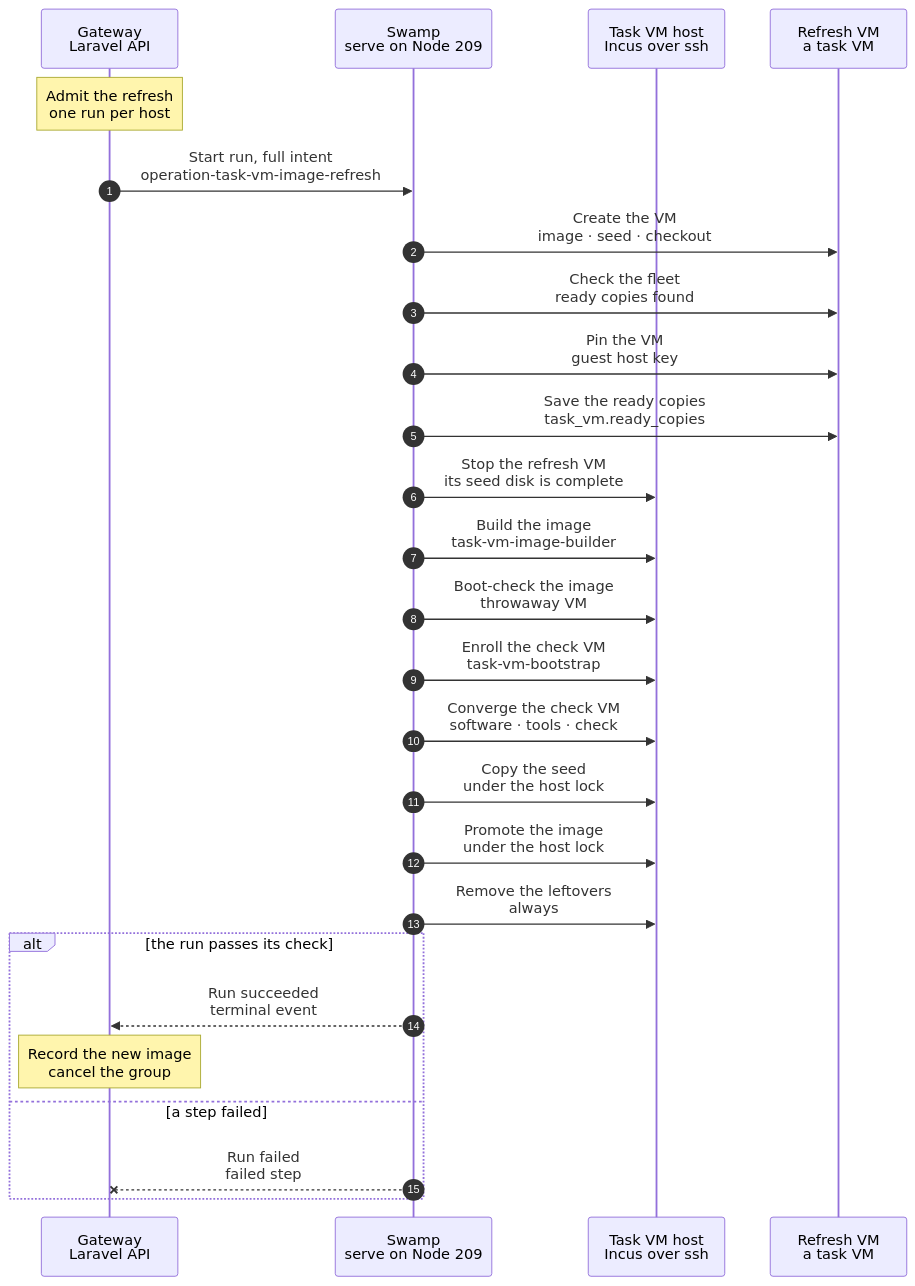
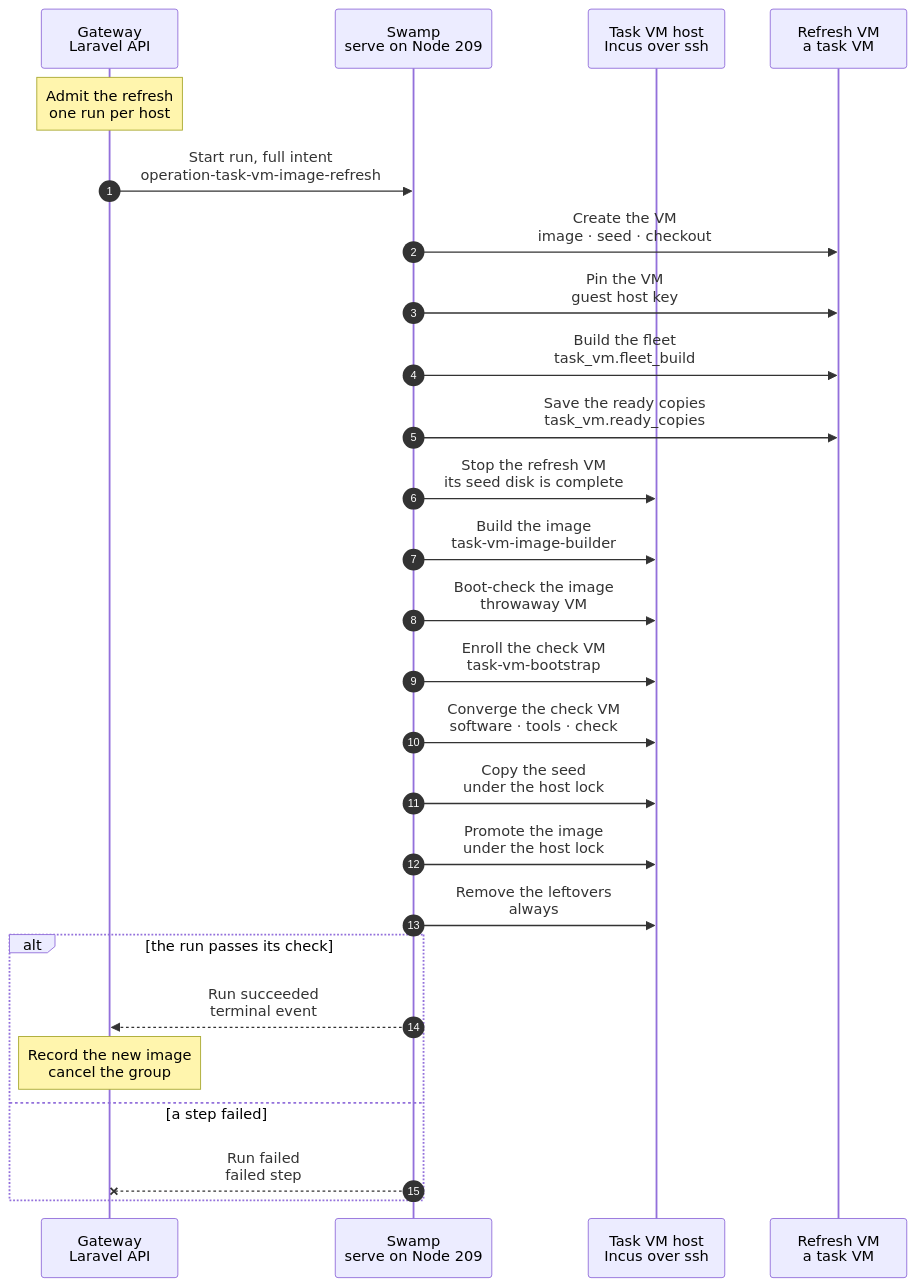
One commit to hardimpactdev/orbit changed the diagram in docs/cli/tasks/vm-image-refresh.mmd. Above: the diagram before and after it, drawn with Mermaid. The commit also changed 11 other files, not shown here.

First line of the commit message:
feat(gateway): a refresh without ready copies builds the fleet as a child (#2937)

```diff
--- a/docs/cli/tasks/vm-image-refresh.mmd
+++ b/docs/cli/tasks/vm-image-refresh.mmd
@@ -1,72 +1,72 @@
 sequenceDiagram
   %% Target design: the run that refreshes the task image and the topology seed of one task VM host (stage 6, docs/reference/pipeline/6-task-image-seed-refresh.mmd). It is the per-host part of that chart, as built.
   %% status: draft
   %% command: none · task-vms:refresh-image on the Gateway host
   %% kind: task_vm.image_refresh
   autonumber
   %% lane GW icon=gateway pill=intent tone=blue
   %% lane SW icon=workflow pill=executes tone=green
   %% lane H icon=server pill=target tone=amber
   %% lane VM icon=server pill=refresh VM tone=purple
   participant GW as Gateway<br/>Laravel API
   participant SW as Swamp<br/>serve on Node 209
   participant H as Task VM host<br/>Incus over ssh
   participant VM as Refresh VM<br/>a task VM
   Note over GW: Admit the refresh<br/>one run per host
   %%> Started by:
   %%> - the release projection, when the release that went live changed playbooks, pins or lock files; a daily Gateway schedule; and the operator commands `php artisan task-vms:refresh-image HOST` and `task-vms:refresh-images`
   %%> Requirements:
   %%> - an active, configured task VM host with a promoted image and no image build running, and a Gateway release with a commit
   %%> Result:
   %%> - a group of its own in the proof Project, placed on this host only, and the full intent recorded; a second admission for the host returns the open run
   GW->>SW: Start run, full intent<br/>operation-task-vm-image-refresh
   SW->>VM: Create the VM<br/>image · seed · checkout
   %%> What it does:
   %%> - the child `operation-task-provision`: a task VM from the image the host promoted last, with a clone of its seed, the checkout of the release commit, the converge of the outer VM and the nested fleet from the ready copies
-  SW->>VM: Check the fleet<br/>ready copies found
-  %%> What it does:
-  %%> - an assert on the receipt of the VM step: the nested fleet started from the ready copies; a seed without usable ready copies fails the run here, before anything is published
   SW->>VM: Pin the VM<br/>guest host key
   %%> What it does:
-  %%> - fills the host key the VM step observed into the ready copies intent
+  %%> - fills the host key the VM step observed into the ready copies intent and the fleet build intent
+  SW->>VM: Build the fleet<br/>task_vm.fleet_build
+  %%> What it does:
+  %%> - the child `operation-task-vm-fleet-build` in the refresh VM, only when the VM step found no usable ready copies and so started no fleet: the nested network and three VMs from stock Ubuntu, a Gateway with its own Swamp, the Nodes and the readiness check; skipped when the fleet started from ready copies
   SW->>VM: Save the ready copies<br/>task_vm.ready_copies
   %%> What it does:
   %%> - the child `operation-task-vm-ready-copies`: key-free, self-contained copies in the seed disk, boot-checked
   SW->>H: Stop the refresh VM<br/>its seed disk is complete
   %%> What it does:
   %%> - `incus stop` of the refresh VM: it yields only its seed disk and is never published
   SW->>H: Build the image<br/>task-vm-image-builder
   %%> What it does:
   %%> - the child `task-vm-image-builder`: `incus init` of the builder from the image the refresh VM started from (its fingerprint), with the cloud-init key of Node 209; waits for the guest agent and cloud-init
   %%> - runs the phases `software`, `tools` and `check` (the child `task-vm-image-ansible`), cleans and stops it (the child `task-vm-image-clean`)
   %%> - publishes the stopped builder under a candidate alias and reads its fingerprint
   %%> - the builder is never enrolled and has no seed
   SW->>H: Boot-check the image<br/>throwaway VM
   %%> What it does:
   %%> - the child `task-vm-image-smoke`, as in the image build: a throwaway VM from the candidate and the check phase of the task VM role on it
   SW->>H: Enroll the check VM<br/>task-vm-bootstrap
   %%> What it does:
   %%> - the child `task-vm-bootstrap` on the throwaway VM of the boot check: the account, the key, the sudoers file and the observer install with their checks, the same steps as an enrollment
   SW->>H: Converge the check VM<br/>software · tools · check
   %%> What it does:
   %%> - the child `task-vm-image-ansible` with the phases of a provision converge on the same VM; the promotion waits for this step and the one before
   SW->>H: Copy the seed<br/>under the host lock
   %%> What it does:
   %%> - copies the seed disk of the refresh VM to the seed name of the new fingerprint, then `zfs promote` so refreshes form no clone chain
   SW->>H: Promote the image<br/>under the host lock
   %%> What it does:
   %%> - the child `task-vm-image-promote`, as in the image build: the alias moves to the new image and the old image keeps the alias `-previous`; the old seed stays under its own name
   SW->>H: Remove the leftovers<br/>always
   %%> What it does:
   %%> - the cleanup job removes the check VM and the builder, then, when the alias does not point at the new image, the candidate image and the new seed
   alt the run passes its check
     SW-->>GW: Run succeeded<br/>terminal event
     Note over GW: Record the new image<br/>cancel the group
     %%> Result:
     %%> - the new image is the host's latest promoted build, with the recipe identity of the release
     %%> - the cancel of the group destroys the refresh VM
   else a step failed
     SW--xGW: Run failed<br/>failed step
     %%> On failure:
     %%> - the host keeps the image and the seed it had; the group is cancelled and the refresh VM destroyed
   end
```
